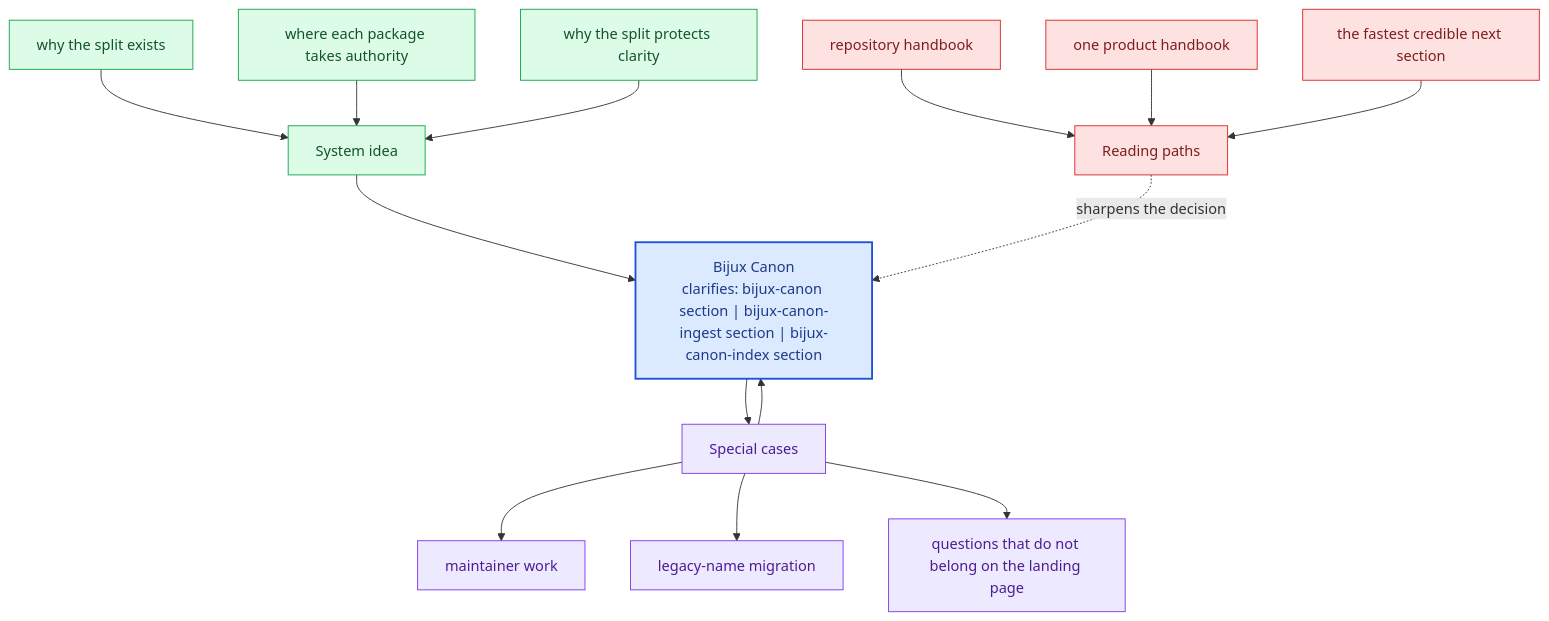
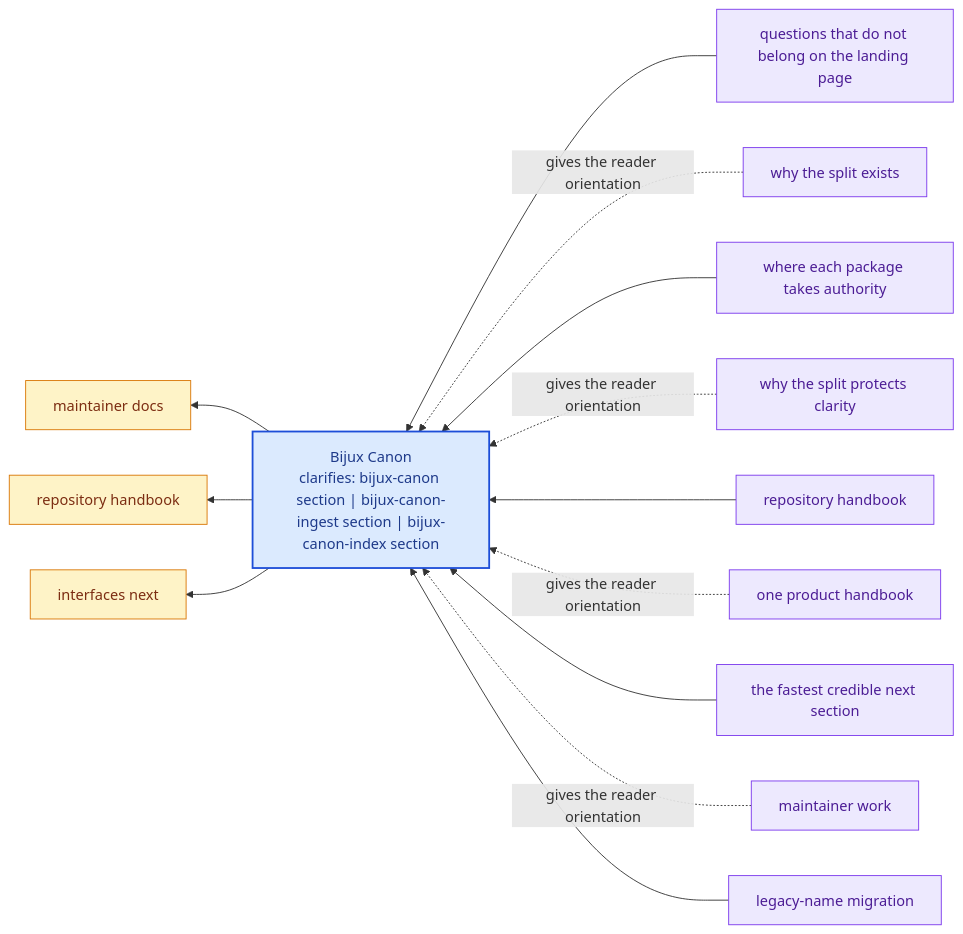
One commit to bijux/bijux-canon changed the diagram in docs/index.md. Above: the diagram before and after it, drawn with Mermaid. The commit also changed other lines of this file and 281 other files, not shown here.

Commit message:
docs(diagrams): replace repeated mermaid scaffolds with page-specific summaries

````diff
--- a/docs/index.md
+++ b/docs/index.md
@@ -110,40 +55,36 @@
 ```mermaid
-flowchart TB
-    promise["Bijux Canon<br/>clarifies: bijux-canon section | bijux-canon-ingest section | bijux-canon-index section"]
-    classDef promise fill:#dbeafe,stroke:#1d4ed8,color:#1e3a8a,stroke-width:2px;
-    classDef driver fill:#dcfce7,stroke:#16a34a,color:#14532d;
-    classDef constraint fill:#fee2e2,stroke:#dc2626,color:#7f1d1d;
-    classDef ground fill:#ede9fe,stroke:#7c3aed,color:#4c1d95;
-    focus1["System idea"]
-    focus1 --> promise
-    focus1_1["why the split exists"]
-    focus1_1 --> focus1
-    focus1_2["where each package takes authority"]
-    focus1_2 --> focus1
-    focus1_3["why the split protects clarity"]
-    focus1_3 --> focus1
-    class focus1 driver;
-    class focus1_1,focus1_2,focus1_3 driver;
-    focus2["Reading paths"]
-    focus2 -.sharpens the decision.-> promise
-    focus2_1["repository handbook"]
-    focus2_1 --> focus2
-    focus2_2["one product handbook"]
-    focus2_2 --> focus2
-    focus2_3["the fastest credible next section"]
-    focus2_3 --> focus2
-    class focus2 constraint;
-    class focus2_1,focus2_2,focus2_3 constraint;
-    focus3["Special cases"]
-    focus3 --> promise
-    promise --> focus3
-    focus3_1["maintainer work"]
-    focus3 --> focus3_1
-    focus3_2["legacy-name migration"]
-    focus3 --> focus3_2
-    focus3_3["questions that do not belong on the landing page"]
-    focus3 --> focus3_3
-    class focus3 ground;
-    class focus3_1,focus3_2,focus3_3 ground;
-    class promise promise;
+flowchart RL
+    page["Bijux Canon<br/>clarifies: bijux-canon section | bijux-canon-ingest section | bijux-canon-index section"]
+    classDef page fill:#dbeafe,stroke:#1d4ed8,color:#1e3a8a,stroke-width:2px;
+    classDef positive fill:#dcfce7,stroke:#16a34a,color:#14532d;
+    classDef caution fill:#fee2e2,stroke:#dc2626,color:#7f1d1d;
+    classDef anchor fill:#ede9fe,stroke:#7c3aed,color:#4c1d95;
+    classDef action fill:#fef3c7,stroke:#d97706,color:#7c2d12;
+    detail1["questions that do not belong on the landing page"]
+    detail1 --> page
+    detail2["why the split exists"]
+    detail2 -.gives the reader orientation.-> page
+    detail3["where each package takes authority"]
+    detail3 --> page
+    detail4["why the split protects clarity"]
+    detail4 -.gives the reader orientation.-> page
+    detail5["repository handbook"]
+    detail5 --> page
+    detail6["one product handbook"]
+    detail6 -.gives the reader orientation.-> page
+    detail7["the fastest credible next section"]
+    detail7 --> page
+    detail8["maintainer work"]
+    detail8 -.gives the reader orientation.-> page
+    detail9["legacy-name migration"]
+    detail9 --> page
+    next1["maintainer docs"]
+    page --> next1
+    next2["repository handbook"]
+    page --> next2
+    next3["interfaces next"]
+    page --> next3
+    class page page;
+    class detail1,detail2,detail3,detail4,detail5,detail6,detail7,detail8,detail9 anchor;
+    class next1,next2,next3 action;
 ```
````
